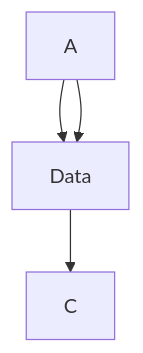
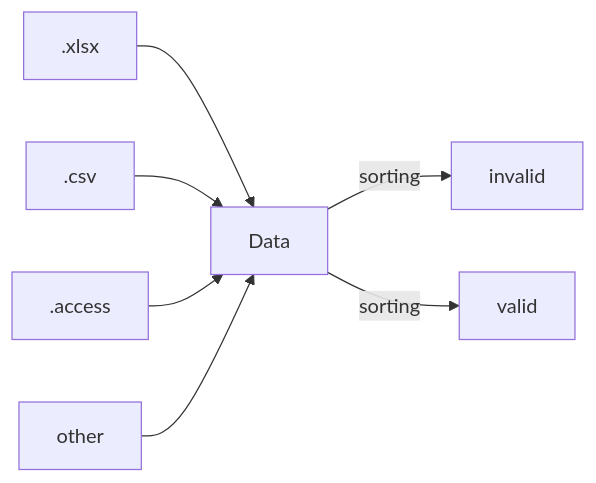
The diagram in README.md (AdamLazil/Fashion_store_Database), drawn with Mermaid before and after one commit.

Commit message:
chart preview

````diff
--- a/README.md
+++ b/README.md
@@ -54,7 +54,10 @@
 ```mermaid
-  graph TD;
-    A-->B[.xlsx];
-    A-->B[.csv];
-    B[Data]-->C;
+  flowchart LR;
+    A[.xlsx]-->E;
+    B[.csv]-->E;
+    C[.access]-->E;
+    D[other]-->E
+    E[Data]-->|sorting| F[invalid];
+    E[Data]-->|sorting| G[valid];
 
 ```
````
